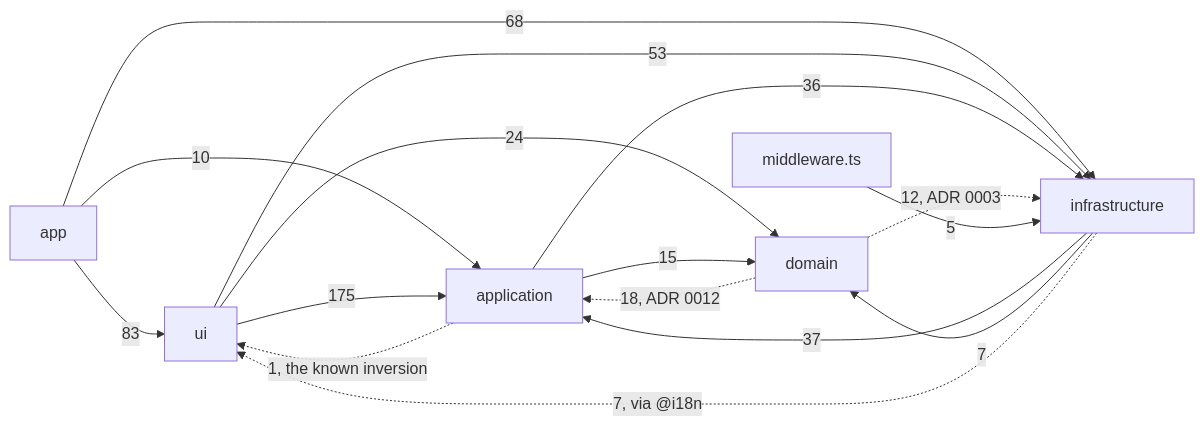
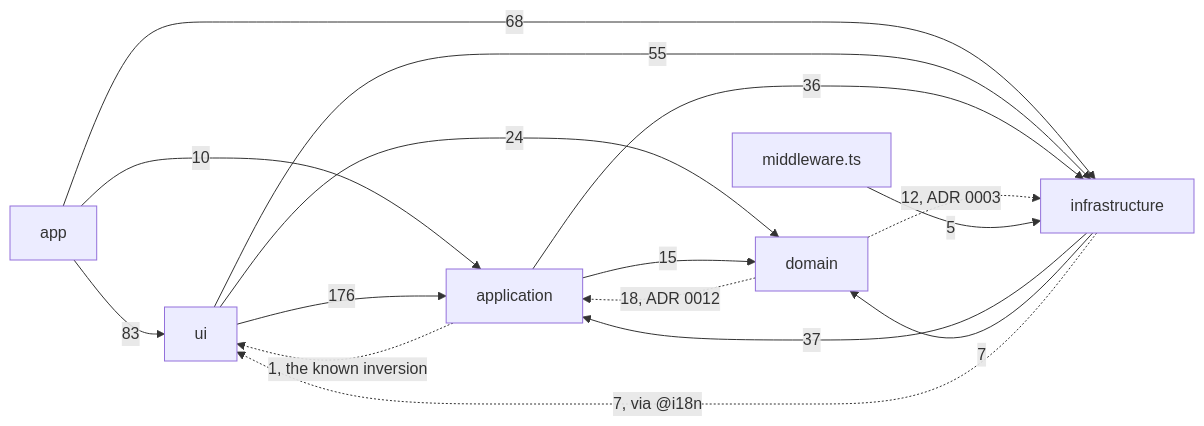
Before and after one commit to fbuireu/forever-pto: the diagram in apps/docs/src/content/docs/architecture/overview.mdx, drawn with Mermaid. The commit also changed other lines of this file and 8 other files, not shown here.

````diff
--- a/apps/docs/src/content/docs/architecture/overview.mdx
+++ b/apps/docs/src/content/docs/architecture/overview.mdx
@@ -47,24 +47,24 @@
 ```mermaid
 flowchart LR
   APP[app]
   UI[ui]
   APPL[application]
   DOM[domain]
   INFRA[infrastructure]
   MW[middleware.ts]
   APP -->|83| UI
   APP -->|10| APPL
   APP -->|68| INFRA
-  UI -->|175| APPL
+  UI -->|176| APPL
   UI -->|24| DOM
-  UI -->|53| INFRA
+  UI -->|55| INFRA
   APPL -->|15| DOM
   APPL -->|36| INFRA
   APPL -.->|1, the known inversion| UI
   DOM -.->|18, ADR 0012| APPL
   DOM -.->|12, ADR 0003| INFRA
   INFRA -->|37| APPL
   INFRA -->|7| DOM
   INFRA -.->|7, via @i18n| UI
   MW -->|5| INFRA
 ```
````
